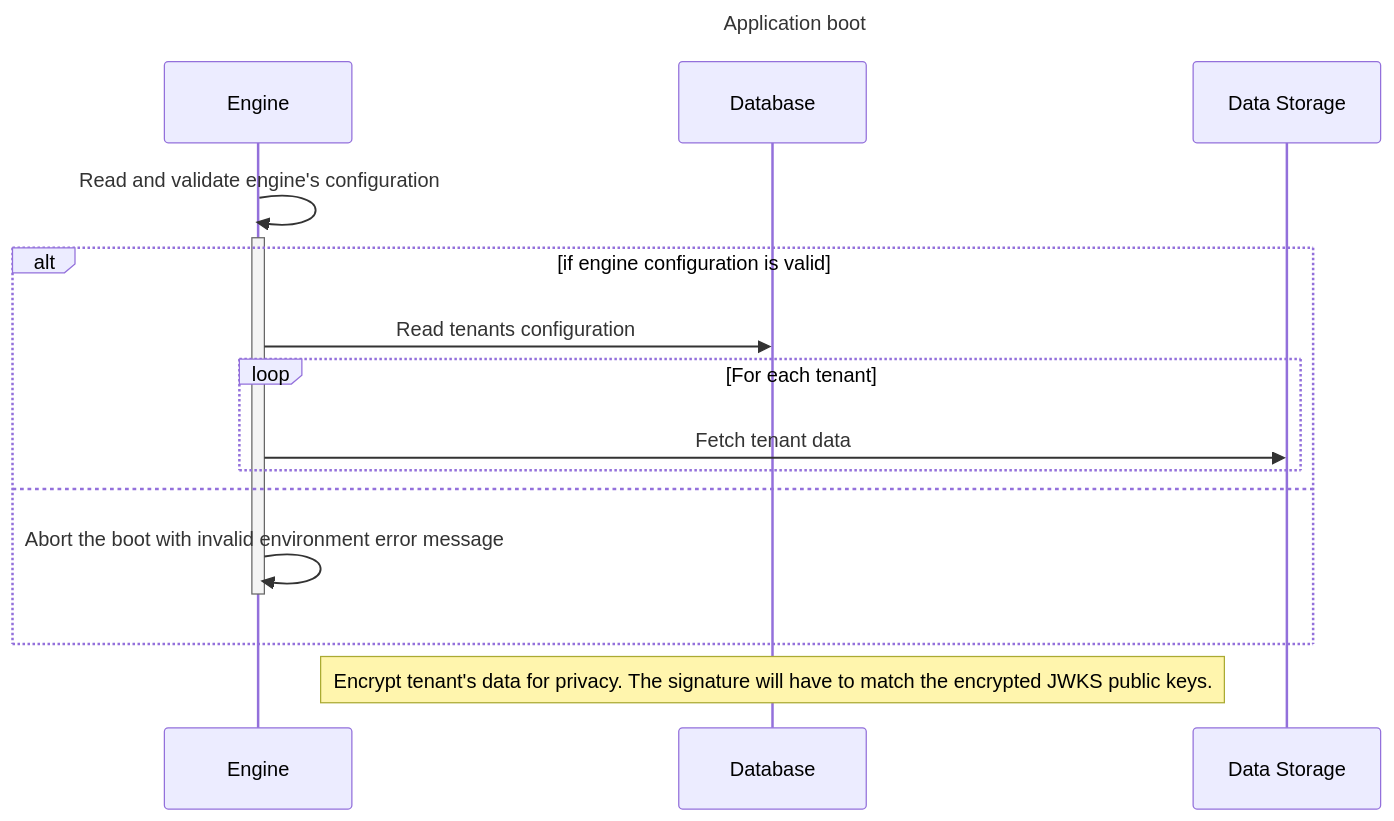
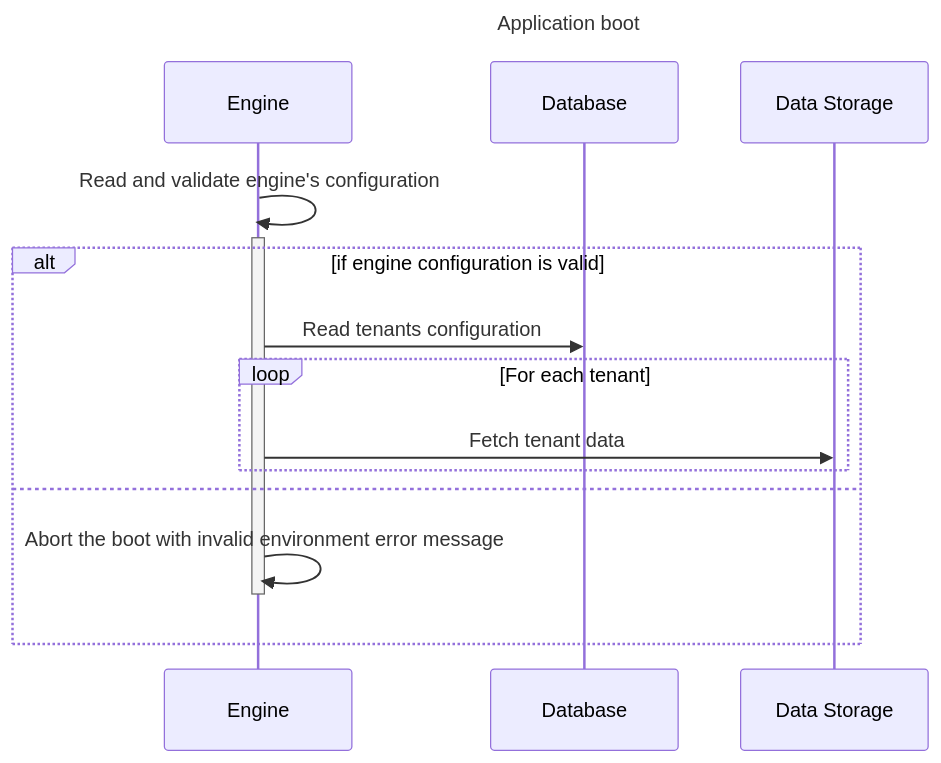
Before and after one commit to narval-xyz/armory: the third of 4 diagrams in doc/policy-engine-setup.md, drawn with Mermaid. The commit also changed other lines of this file, not shown here.

Commit message:
Move verify data changed to the section note

````diff
--- a/doc/policy-engine-setup.md
+++ b/doc/policy-engine-setup.md
@@ -83,21 +84,20 @@
 ```mermaid
 sequenceDiagram
   title Application boot
 
   participant Engine
   participant DB as Database
   participant DS as Data Storage
 
   Engine ->> Engine: Read and validate engine's configuration 
   activate Engine
   alt if engine configuration is valid
     Engine ->> DB: Read tenants configuration
     loop For each tenant
       Engine ->> DS: Fetch tenant data
     end
   else 
     Engine ->> Engine: Abort the boot with invalid environment error message 
     deactivate Engine
   end
-  Note over DB: Encrypt tenant's data for privacy. The signature will have to match the encrypted JWKS public keys.
 ```
````
